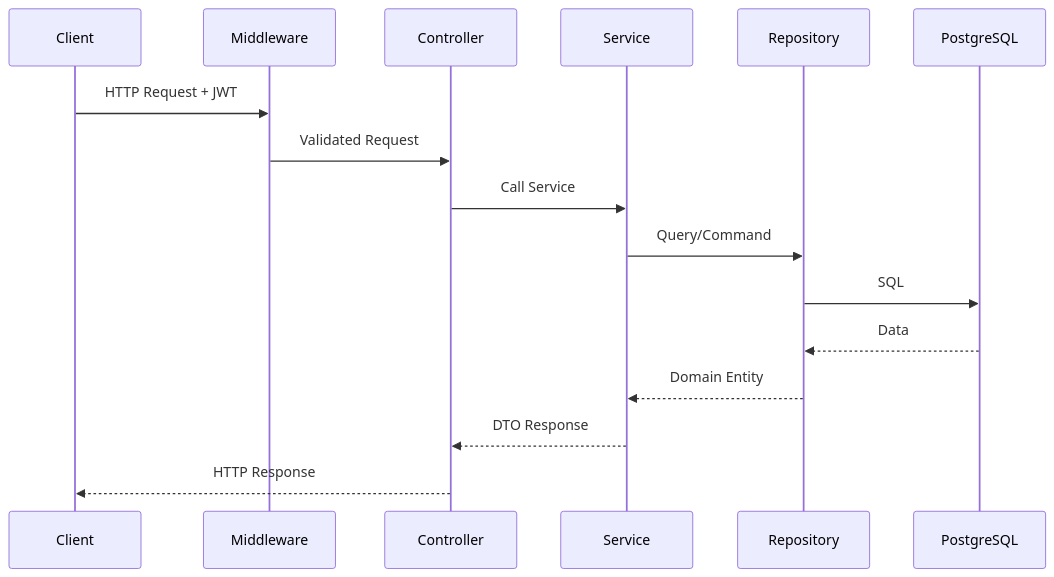
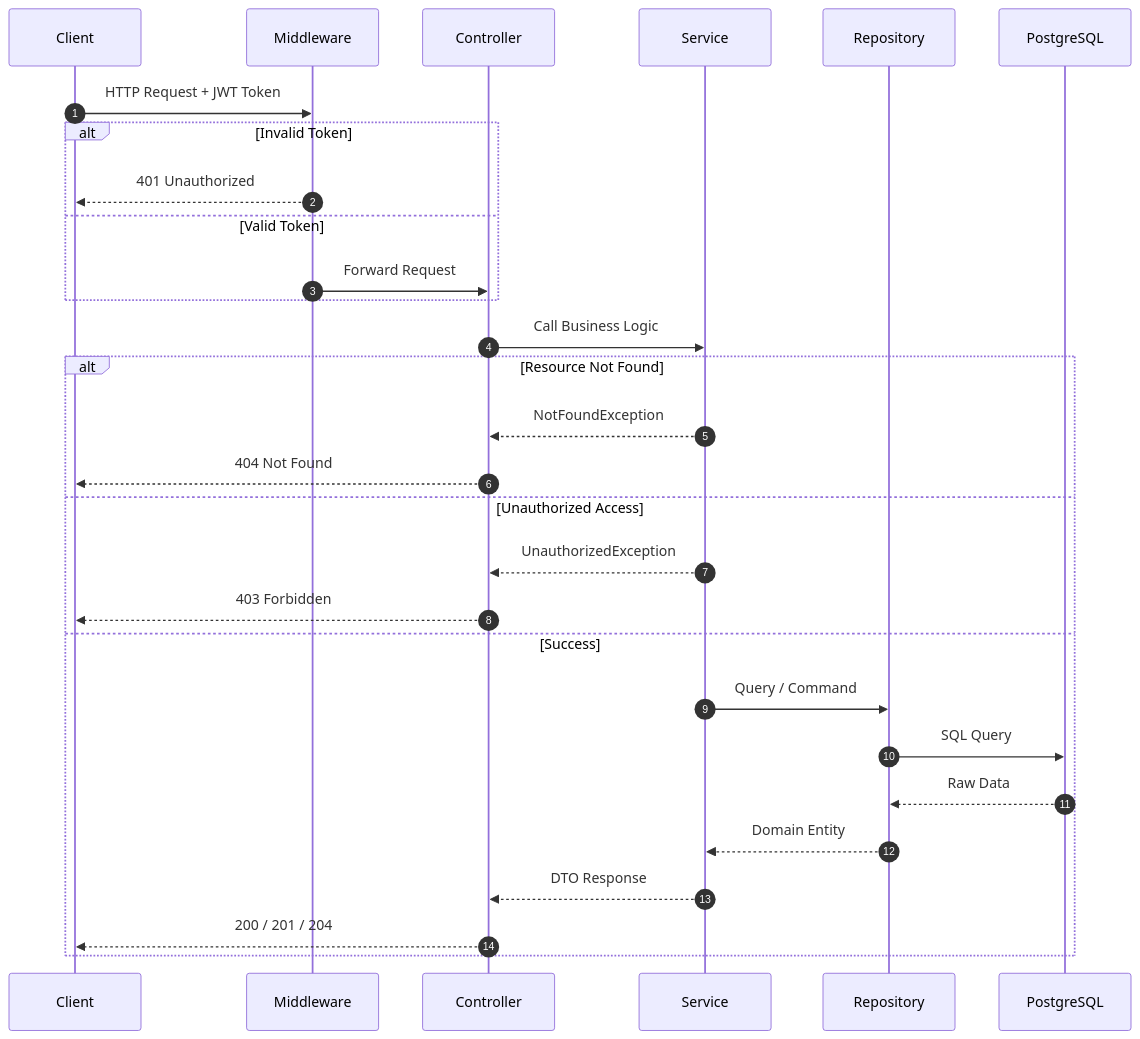
One commit to aemuw/huntly changed the third of 3 diagrams in README.md. Above: the diagram before and after it, drawn with Mermaid. The commit also changed other lines of this file, not shown here.

````diff
--- a/README.md
+++ b/README.md
@@ -154,19 +165,35 @@
 ```mermaid
 sequenceDiagram
+    autonumber
     participant C as Client
     participant MW as Middleware
     participant CT as Controller
     participant SV as Service
     participant RP as Repository
     participant DB as PostgreSQL
 
-    C->>MW: HTTP Request + JWT
-    MW->>CT: Validated Request
-    CT->>SV: Call Service
-    SV->>RP: Query/Command
-    RP->>DB: SQL
-    DB-->>RP: Data
-    RP-->>SV: Domain Entity
-    SV-->>CT: DTO Response
-    CT-->>C: HTTP Response
+    C->>MW: HTTP Request + JWT Token
+    
+    alt Invalid Token
+        MW-->>C: 401 Unauthorized
+    else Valid Token
+        MW->>CT: Forward Request
+    end
+
+    CT->>SV: Call Business Logic
+    
+    alt Resource Not Found
+        SV-->>CT: NotFoundException
+        CT-->>C: 404 Not Found
+    else Unauthorized Access
+        SV-->>CT: UnauthorizedException
+        CT-->>C: 403 Forbidden
+    else Success
+        SV->>RP: Query / Command
+        RP->>DB: SQL Query
+        DB-->>RP: Raw Data
+        RP-->>SV: Domain Entity
+        SV-->>CT: DTO Response
+        CT-->>C: 200 / 201 / 204
+    end
 ```
````
